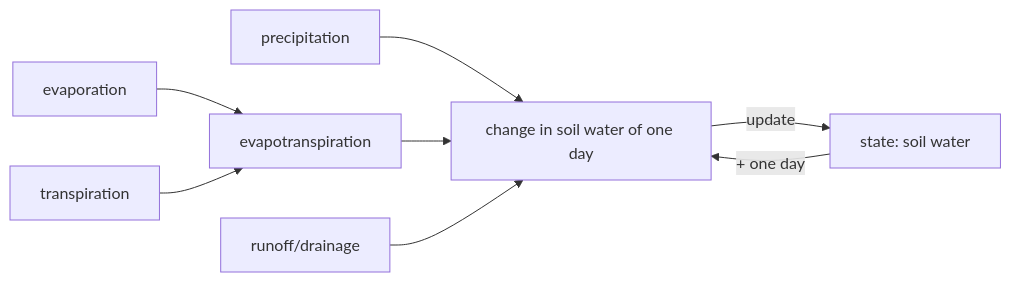
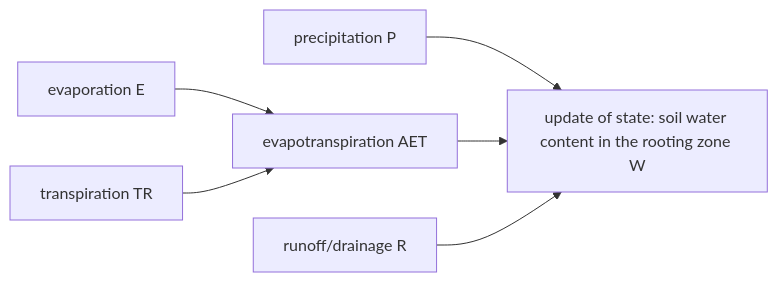
Before and after one commit to FelixNoessler/GrasslandTraitSim.jl: the diagram in docs/src/model/water/index.md, drawn with Mermaid. The commit also changed other lines of this file and 31 other files, not shown here.

````diff
--- a/docs/src/model/water/index.md
+++ b/docs/src/model/water/index.md
@@ -7,10 +15,8 @@
 ```mermaid
 flowchart LR
-    A[precipitation] --> B[change in soil water of one day]
-    C[evapotranspiration] --> B
-    J[evaporation] --> C
-    L[transpiration] --> C
-    D[runoff/drainage] --> B
-    B --update--> K[state: soil water]
-    K --+ one day--> B
+    A[precipitation P] --> K
+    C[evapotranspiration AET] --> K
+    J[evaporation E] --> C
+    L[transpiration TR] --> C
+    D[runoff/drainage R] --> K[update of state: soil water content in the rooting zone W]
 ```
````
